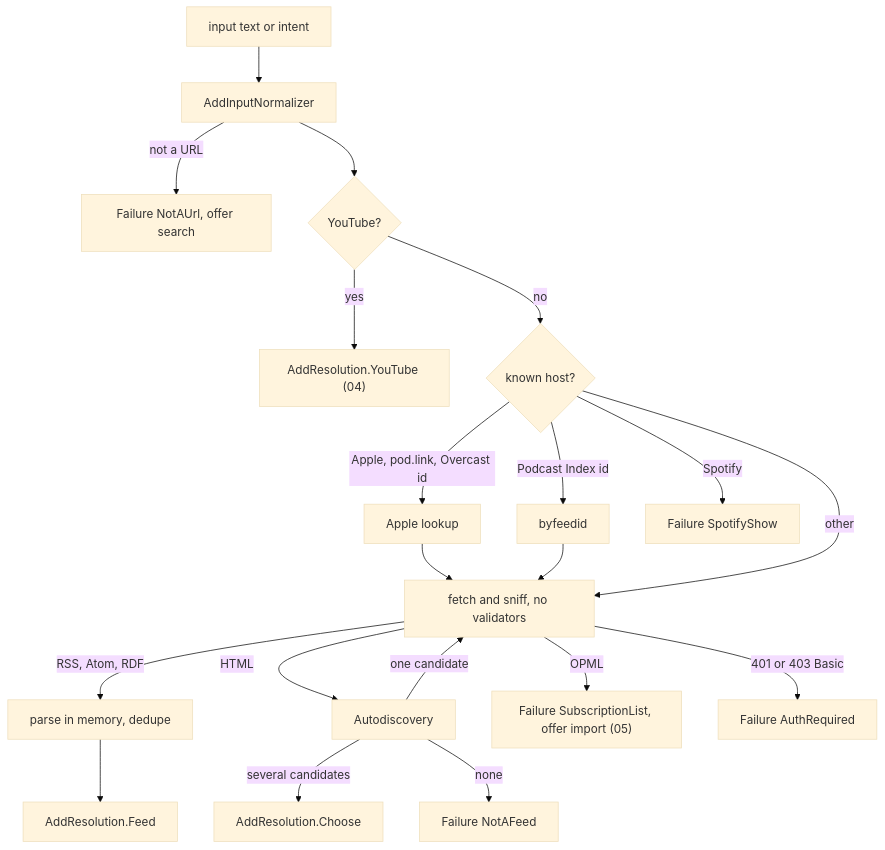
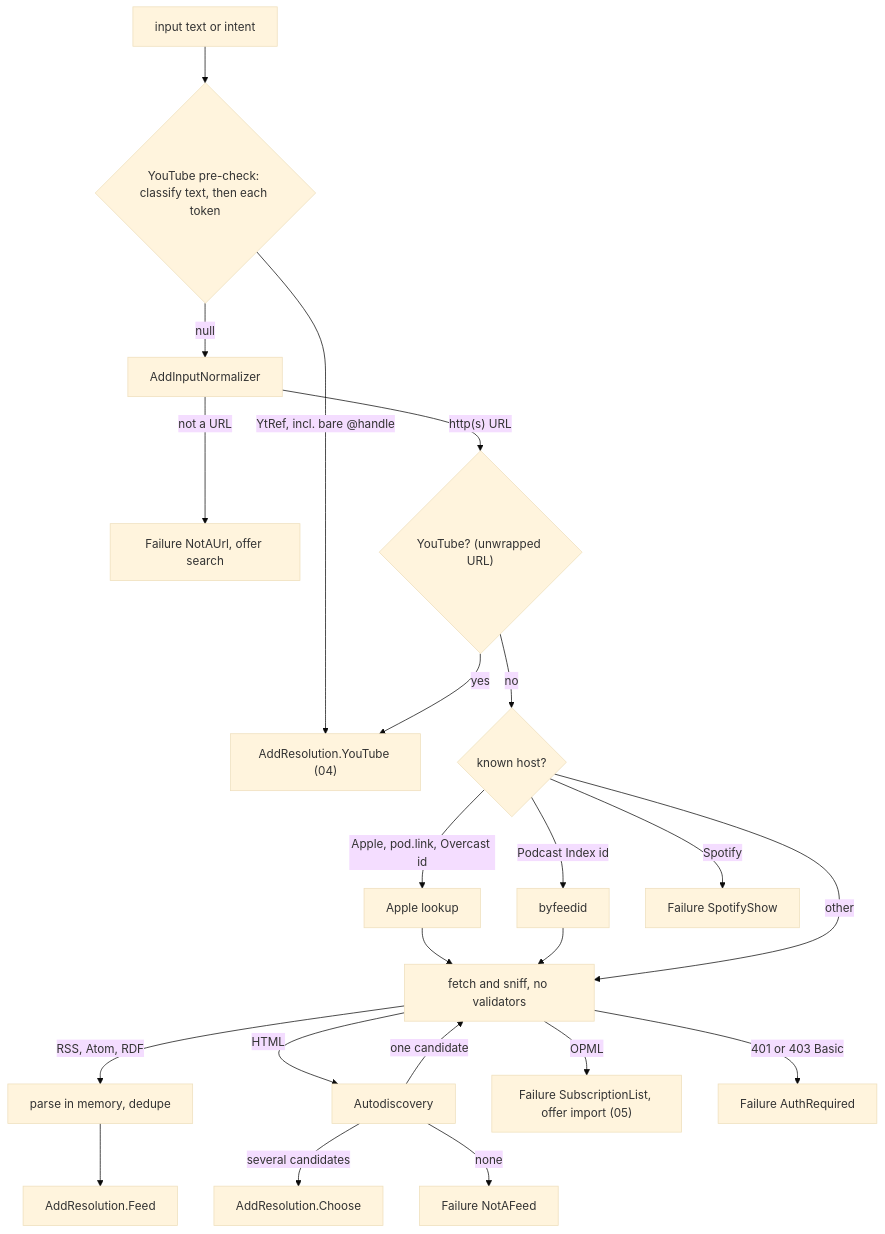
The fifth of 5 diagrams in docs/design/03-feeds-and-discovery.md (BigBoyDevBox/Neutrodyne), drawn with Mermaid (base theme) before and after one commit. The commit also changed other lines of this file and 8 other files, not shown here.

````diff
--- a/docs/design/03-feeds-and-discovery.md
+++ b/docs/design/03-feeds-and-discovery.md
@@ -1059,19 +1061,21 @@
 ```mermaid
 flowchart TD
-  IN["input text or intent"] --> N["AddInputNormalizer"]
+  IN["input text or intent"] --> YP{"YouTube pre-check: classify text, then each token"}
+  YP -->|"YtRef, incl. bare @handle"| YT["AddResolution.YouTube (04)"]
+  YP -->|"null"| N["AddInputNormalizer"]
   N -->|"not a URL"| Q["Failure NotAUrl, offer search"]
-  N --> Y{"YouTube?"}
-  Y -->|yes| YT["AddResolution.YouTube (04)"]
+  N -->|"http(s) URL"| Y{"YouTube? (unwrapped URL)"}
+  Y -->|yes| YT
   Y -->|no| H{"known host?"}
   H -->|"Apple, pod.link, Overcast id"| L["Apple lookup"] --> FE
   H -->|"Podcast Index id"| PI["byfeedid"] --> FE
   H -->|Spotify| SP["Failure SpotifyShow"]
   H -->|other| FE["fetch and sniff, no validators"]
   FE -->|"RSS, Atom, RDF"| PV["parse in memory, dedupe"] --> FP["AddResolution.Feed"]
   FE -->|HTML| AD["Autodiscovery"]
   AD -->|"one candidate"| FE
   AD -->|"several candidates"| CH["AddResolution.Choose"]
   AD -->|none| NF["Failure NotAFeed"]
   FE -->|OPML| OP["Failure SubscriptionList, offer import (05)"]
   FE -->|"401 or 403 Basic"| AU["Failure AuthRequired"]
 ```
````
